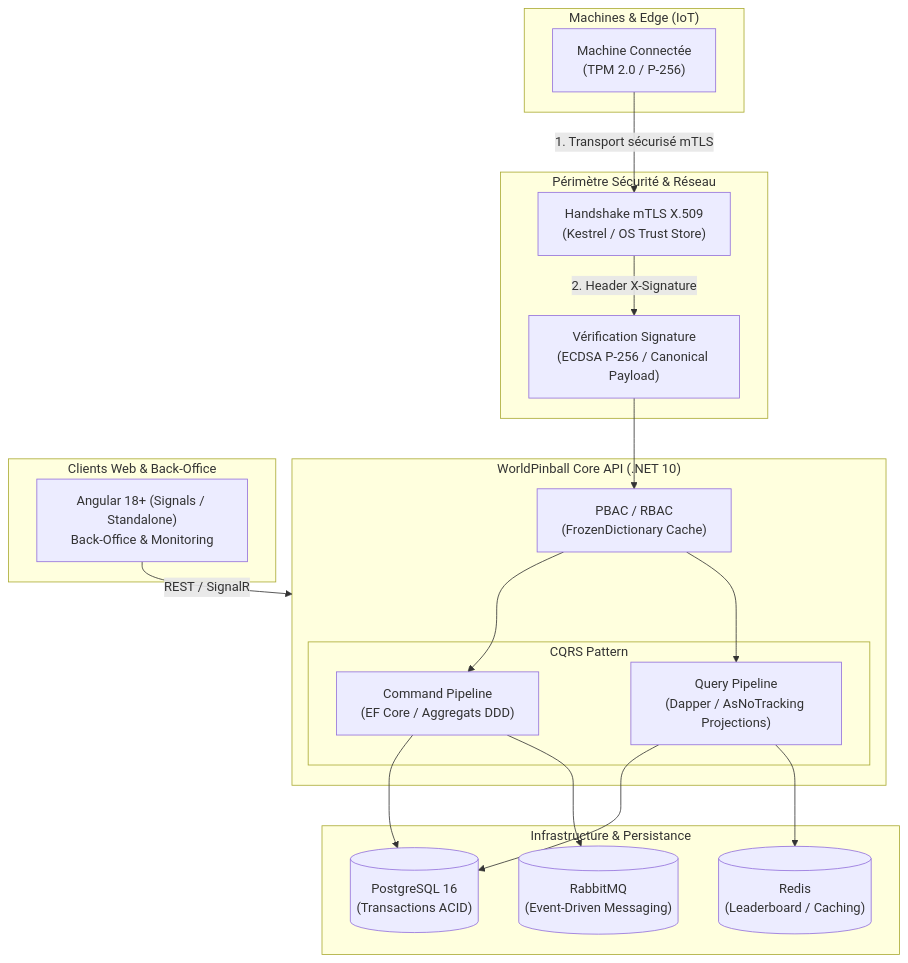
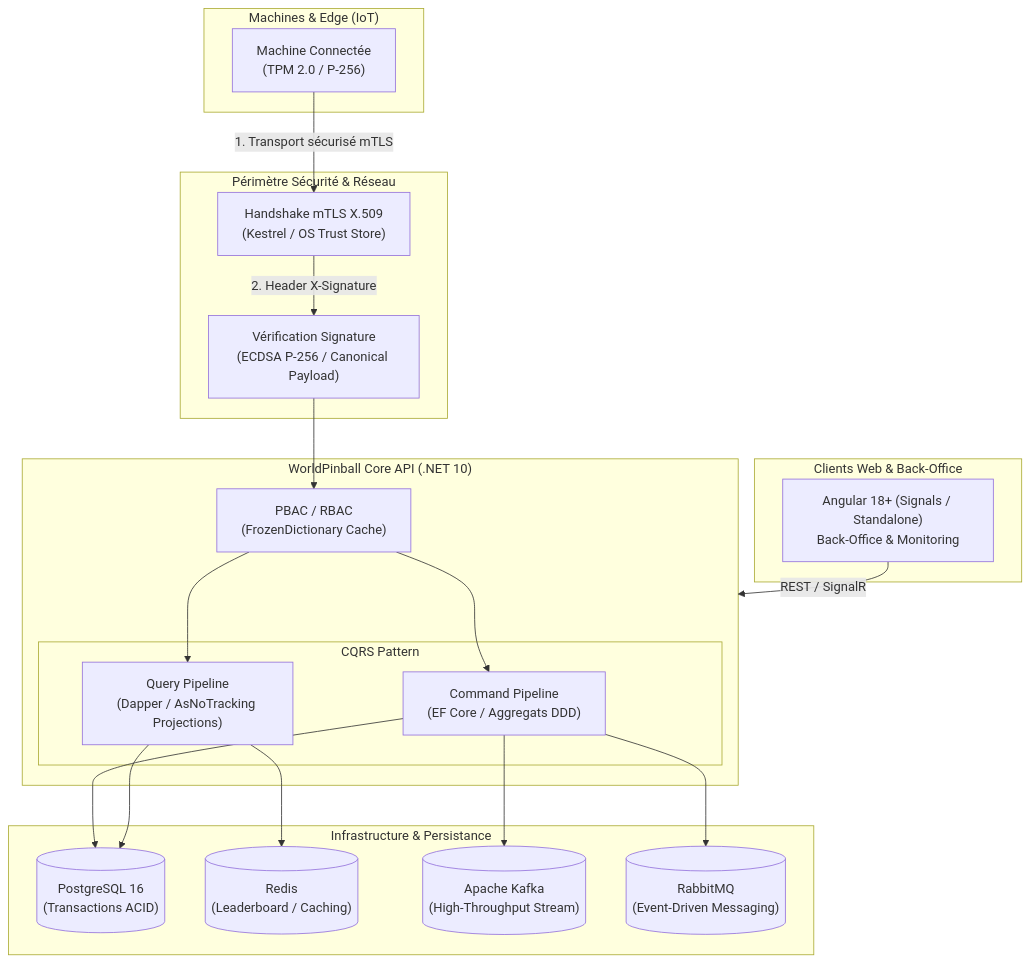
The first of 2 diagrams in README.md (Surt7/WorldPinballApi), drawn with Mermaid before and after one commit. The commit also changed other lines of this file, not shown here.

Commit message:
docs: add Apache Kafka to tech stack, diagram and local startup

````diff
--- a/README.md
+++ b/README.md
@@ -15,41 +15,43 @@
 ```mermaid
 flowchart TB
     subgraph IoT_Hardware["Machines & Edge (IoT)"]
         Pinball["Machine Connectée\n(TPM 2.0 / P-256)"]
     end
 
     subgraph Security_Border["Périmètre Sécurité & Réseau"]
         mTLS["Handshake mTLS X.509\n(Kestrel / OS Trust Store)"]
         SigVerif["Vérification Signature\n(ECDSA P-256 / Canonical Payload)"]
     end
 
     subgraph Application_Core["WorldPinball Core API (.NET 10)"]
         AuthZ["PBAC / RBAC\n(FrozenDictionary Cache)"]
         
         subgraph CQRS["CQRS Pattern"]
             Commands["Command Pipeline\n(EF Core / Aggregats DDD)"]
             Queries["Query Pipeline\n(Dapper / AsNoTracking Projections)"]
         end
     end
 
     subgraph Infrastructure_Layer["Infrastructure & Persistance"]
         Postgres[("PostgreSQL 16\n(Transactions ACID)")]
         Redis[("Redis\n(Leaderboard / Caching)")]
+        Kafka[("Apache Kafka\n(High-Throughput Stream)")]
         RabbitMQ[("RabbitMQ\n(Event-Driven Messaging)")]
     end
 
     subgraph Frontend_Clients["Clients Web & Back-Office"]
         Angular["Angular 18+ (Signals / Standalone)\nBack-Office & Monitoring"]
     end
 
     Pinball -->|1. Transport sécurisé mTLS| mTLS
     mTLS -->|2. Header X-Signature| SigVerif
     SigVerif --> AuthZ
     AuthZ --> Commands
     AuthZ --> Queries
     Commands --> Postgres
+    Commands --> Kafka
     Commands --> RabbitMQ
     Queries --> Postgres
     Queries --> Redis
     Angular -->|REST / SignalR| Application_Core
 ```
````
